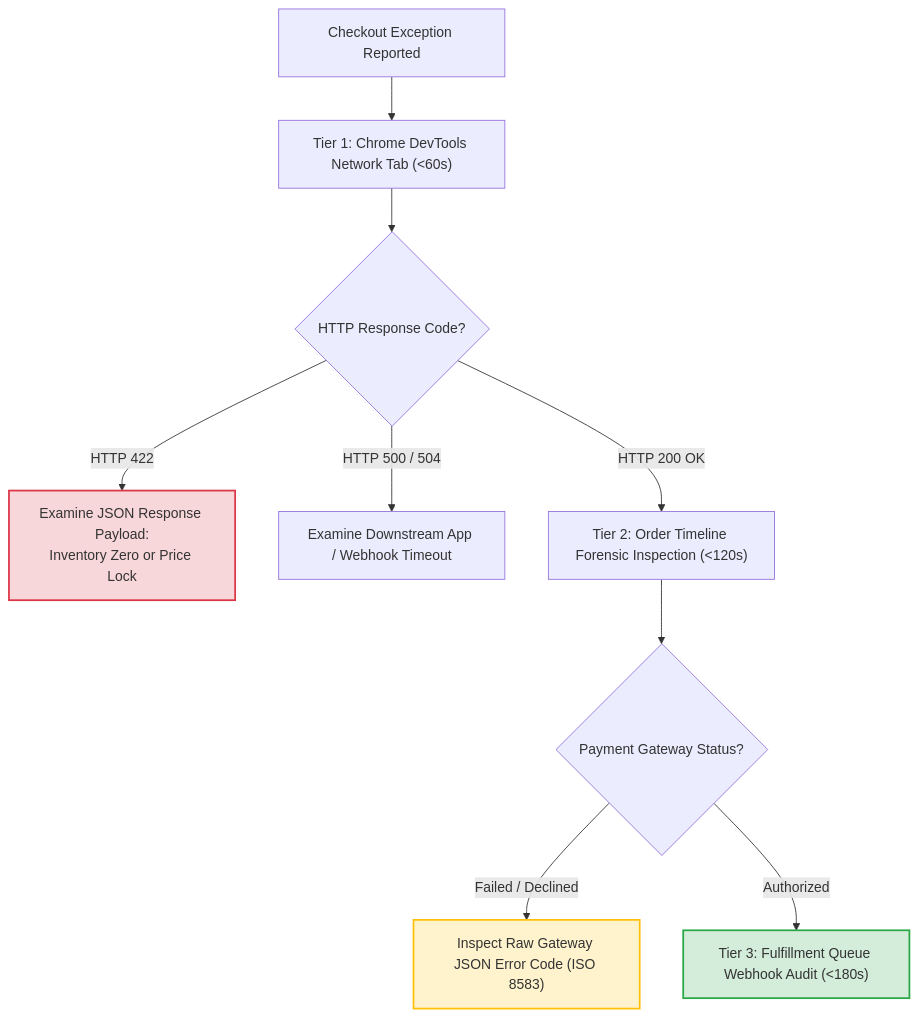
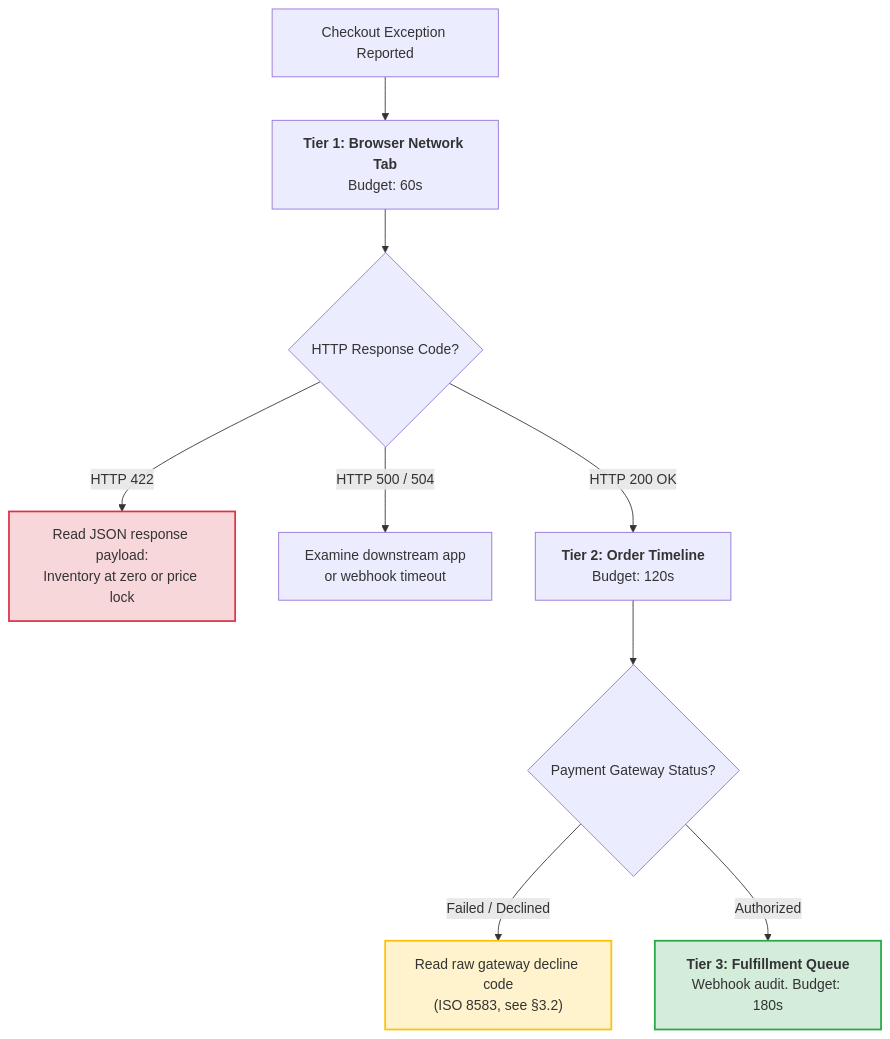
One commit to riovicsusas/portfolio changed the second of 5 diagrams in domain-5-technical-diagnosis/MasterDossier-Domain5-MarginDefenseAndCartDiagnostics.md. Above: the diagram before and after it, drawn with Mermaid. The commit also changed other lines of this file and 1 other file, not shown here.

````diff
--- a/domain-5-technical-diagnosis/MasterDossier-Domain5-MarginDefenseAndCartDiagnostics.md
+++ b/domain-5-technical-diagnosis/MasterDossier-Domain5-MarginDefenseAndCartDiagnostics.md
@@ -94,15 +99,15 @@
 ```mermaid
 flowchart TD
-    A["Checkout Exception Reported"] --> B["Tier 1: Chrome DevTools Network Tab (<60s)"]
+    A["Checkout Exception Reported"] --> B["<b>Tier 1: Browser Network Tab</b><br/>Budget: 60s"]
     B --> C{"HTTP Response Code?"}
-    C -- "HTTP 422" --> D["Examine JSON Response Payload:<br/>Inventory Zero or Price Lock"]
-    C -- "HTTP 500 / 504" --> E["Examine Downstream App / Webhook Timeout"]
-    C -- "HTTP 200 OK" --> F["Tier 2: Order Timeline Forensic Inspection (<120s)"]
+    C -- "HTTP 422" --> D["Read JSON response payload:<br/>Inventory at zero or price lock"]
+    C -- "HTTP 500 / 504" --> E["Examine downstream app<br/>or webhook timeout"]
+    C -- "HTTP 200 OK" --> F["<b>Tier 2: Order Timeline</b><br/>Budget: 120s"]
     F --> G{"Payment Gateway Status?"}
-    G -- "Failed / Declined" --> H["Inspect Raw Gateway JSON Error Code (ISO 8583)"]
-    G -- "Authorized" --> I["Tier 3: Fulfillment Queue Webhook Audit (<180s)"]
+    G -- "Failed / Declined" --> H["Read raw gateway decline code<br/>(ISO 8583, see §3.2)"]
+    G -- "Authorized" --> I["<b>Tier 3: Fulfillment Queue</b><br/>Webhook audit. Budget: 180s"]
 
     style D fill:#f8d7da,stroke:#dc3545,stroke-width:2px;
     style H fill:#fff3cd,stroke:#ffc107,stroke-width:2px;
     style I fill:#d4edda,stroke:#28a745,stroke-width:2px;
 ```
````
